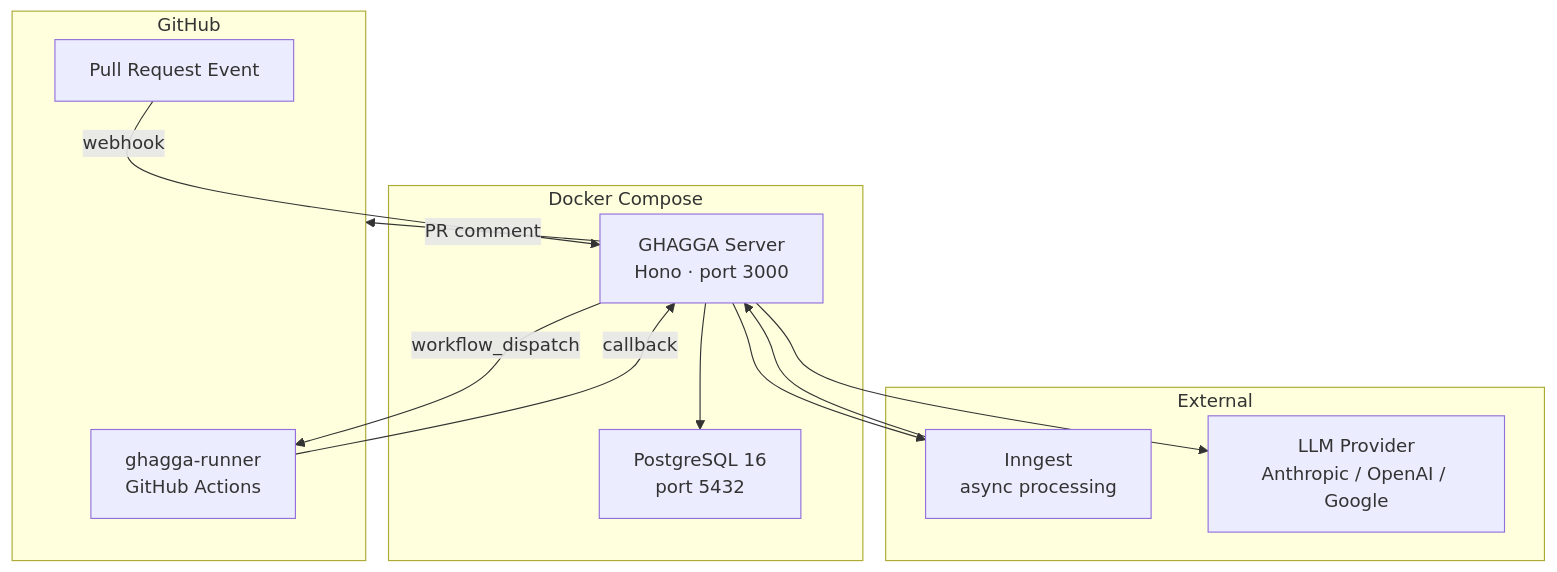
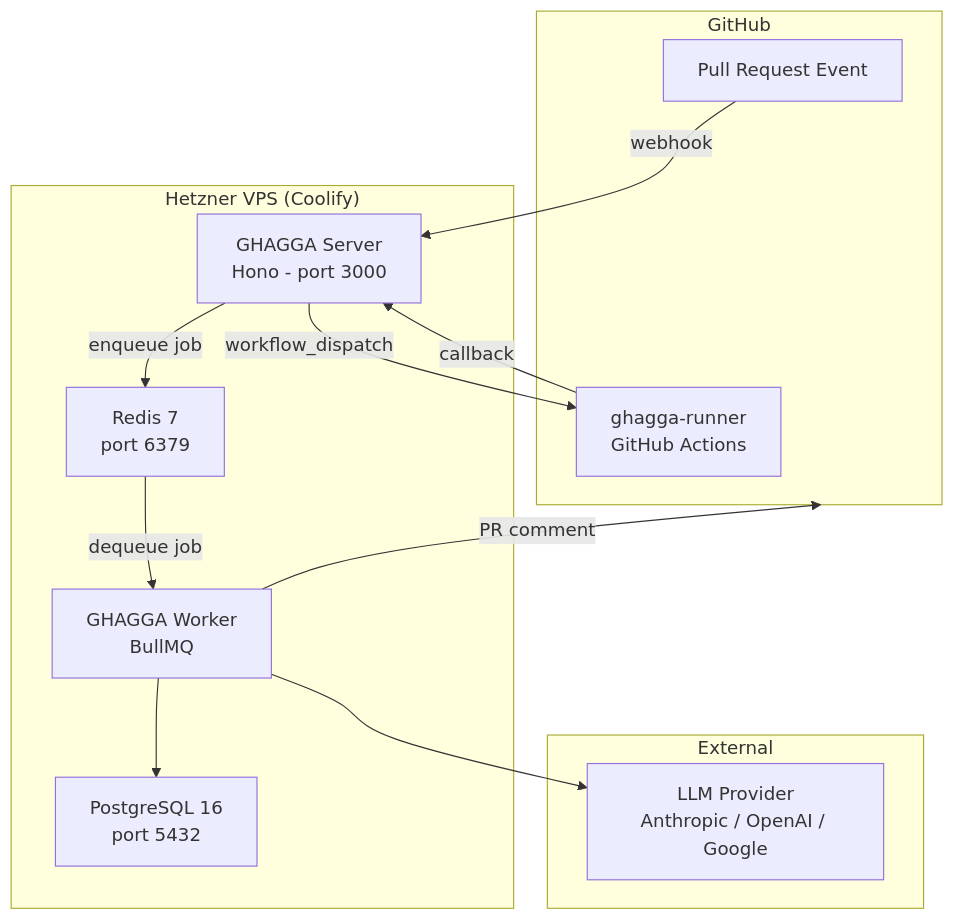
The second of 2 diagrams in docs/self-hosted.md (JNZader/ghagga), drawn with Mermaid before and after one commit. The commit also changed other lines of this file and 26 other files, not shown here.

````diff
--- a/docs/self-hosted.md
+++ b/docs/self-hosted.md
@@ -417,26 +440,27 @@
 ```mermaid
 flowchart TB
   subgraph GitHub
     PR["Pull Request Event"]
     Runner["ghagga-runner<br/>GitHub Actions"]
   end
 
-  subgraph Docker["Docker Compose"]
-    Server["GHAGGA Server<br/>Hono · port 3000"]
+  subgraph Hetzner["Hetzner VPS (Coolify)"]
+    Server["GHAGGA Server<br/>Hono - port 3000"]
+    Worker["GHAGGA Worker<br/>BullMQ"]
     PG["PostgreSQL 16<br/>port 5432"]
+    Redis["Redis 7<br/>port 6379"]
   end
 
   subgraph External
-    Inngest["Inngest<br/>async processing"]
     LLM["LLM Provider<br/>Anthropic / OpenAI / Google"]
   end
 
   PR -->|webhook| Server
+  Server -->|enqueue job| Redis
+  Redis -->|dequeue job| Worker
   Server -->|workflow_dispatch| Runner
   Runner -->|callback| Server
-  Server --> PG
-  Server --> Inngest
-  Inngest --> Server
-  Server --> LLM
-  Server -->|PR comment| GitHub
+  Worker --> PG
+  Worker --> LLM
+  Worker -->|PR comment| GitHub
 ```
````
